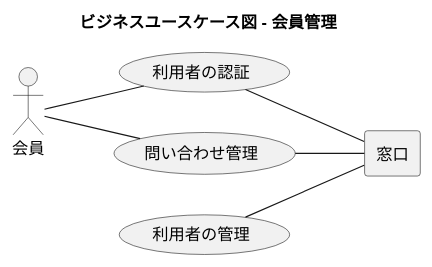
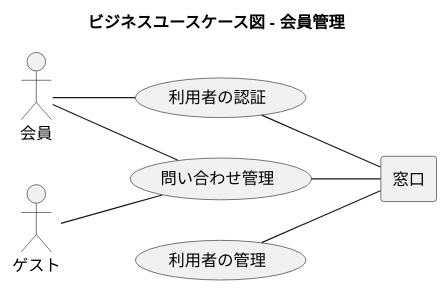
Before and after one commit to k2works/case-study-mrs: the fourth of 30 diagrams in docs/index.adoc, drawn with PlantUML. The commit also changed other lines of this file and 9 other files, not shown here.

```diff
--- a/docs/index.adoc
+++ b/docs/index.adoc
@@ -136,24 +138,26 @@
 [plantuml]
 ----
 @startuml
 
 title ビジネスユースケース図 - 会員管理
 
 left to right direction
 
 actor 会員 as ac_01
+actor ゲスト as ac_02
 agent 窓口 as ag_01
 
 usecase 利用者の管理 as uc_01
 usecase 利用者の認証 as uc_02
 usecase 問い合わせ管理 as uc_03
 
 ac_01 -- (uc_02)
 ac_01 -- (uc_03)
+ac_02 -- (uc_03)
 
 (uc_01) -- ag_01
 (uc_02) -- ag_01
 (uc_03) -- ag_01
 
 @enduml
 ----
```
